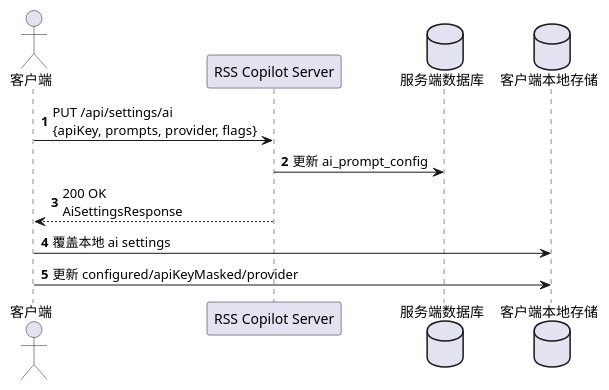
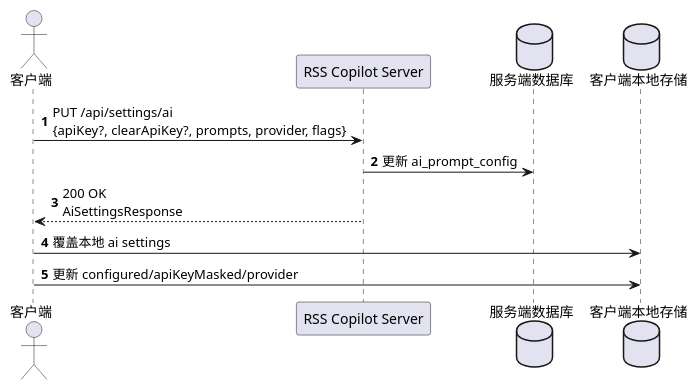
Before and after one commit to Jax-Rene/rss-copilot-server: the fifth of 5 diagrams in docs/client-api.md, drawn with PlantUML. The commit also changed other lines of this file and 73 other files, not shown here.

````diff
--- a/docs/client-api.md
+++ b/docs/client-api.md
@@ -943,16 +1466,16 @@
 ```plantuml
 @startuml
 autonumber
 actor Client as "客户端"
 participant Server as "RSS Copilot Server"
 database DB as "服务端数据库"
 database Local as "客户端本地存储"
 
-Client -> Server: PUT /api/settings/ai\n{apiKey, prompts, provider, flags}
+Client -> Server: PUT /api/settings/ai\n{apiKey?, clearApiKey?, prompts, provider, flags}
 Server -> DB: 更新 ai_prompt_config
 Server --> Client: 200 OK\nAiSettingsResponse
 
 Client -> Local: 覆盖本地 ai settings
 Client -> Local: 更新 configured/apiKeyMasked/provider
 @enduml
 ```
````
